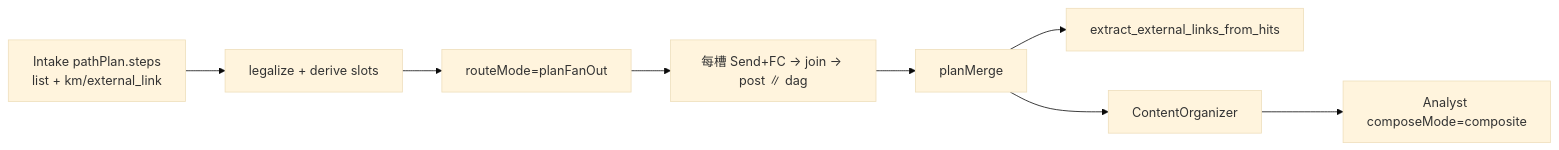
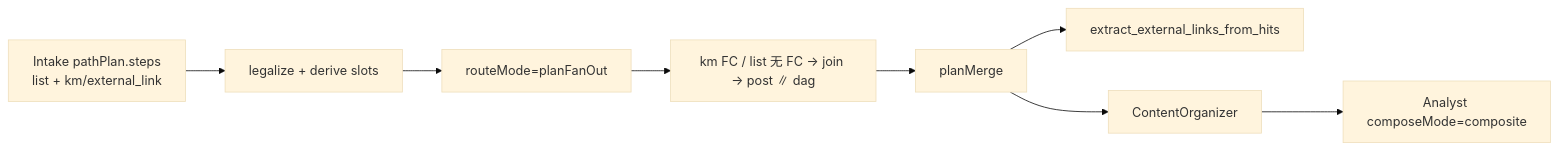
Before and after one commit to panzhanfei/agent: the third of 4 diagrams in docs/05-architecture-v2-tool-orchestration.md, drawn with Mermaid (base theme). The commit also changed other lines of this file and 116 other files, not shown here.

````diff
--- a/docs/05-architecture-v2-tool-orchestration.md
+++ b/docs/05-architecture-v2-tool-orchestration.md
@@ -288,10 +288,10 @@
 ```mermaid
 flowchart LR
   IC[Intake pathPlan.steps<br/>list + km/external_link] --> Val[legalize + derive slots]
   Val --> L[routeMode=planFanOut]
-  L --> PE[每槽 Send+FC → join → post ∥ dag]
+  L --> PE[km FC / list 无 FC → join → post ∥ dag]
   PE --> M[planMerge]
   M --> T[extract_external_links_from_hits]
   M --> CO[ContentOrganizer]
   CO --> IA[Analyst composeMode=composite]
 ```
````
